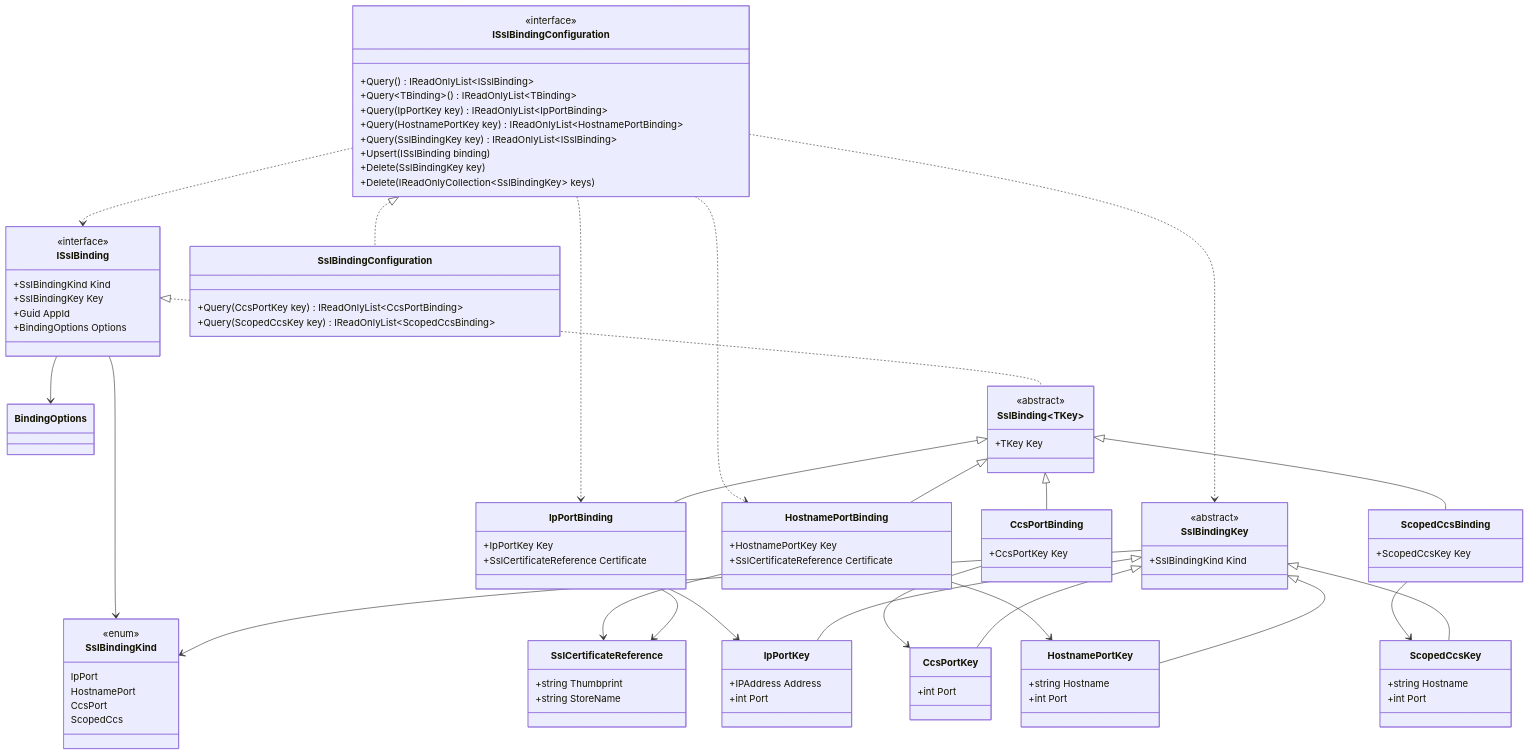
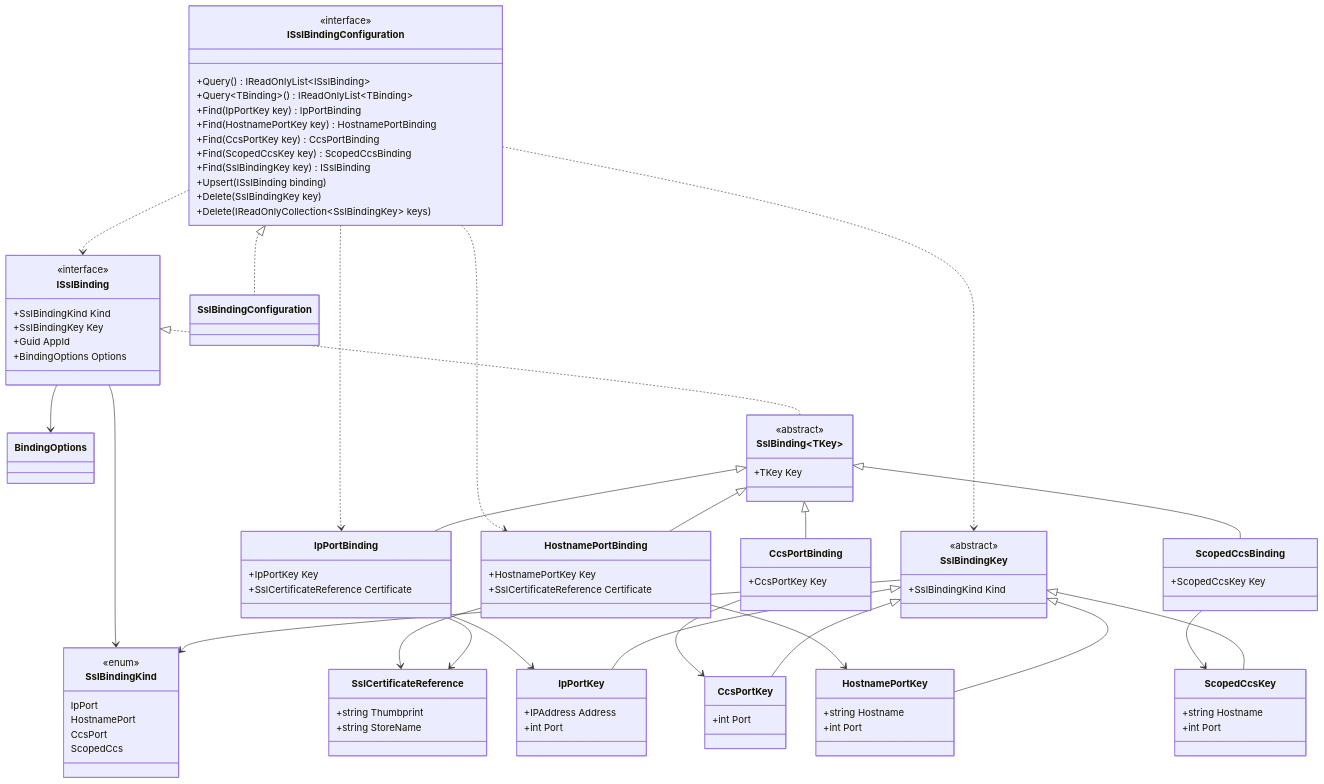
The first of 3 diagrams in docs/public-api.md (segor/SslCertBinding.Net), drawn with Mermaid before and after one commit. The commit also changed other lines of this file and 13 other files, not shown here.

Commit message:
Replace exact Query overloads with Find

````diff
--- a/docs/public-api.md
+++ b/docs/public-api.md
@@ -90,17 +88,14 @@
         <<interface>>
         +Query() IReadOnlyList~ISslBinding~
         +Query~TBinding~() IReadOnlyList~TBinding~
-        +Query(IpPortKey key) IReadOnlyList~IpPortBinding~
-        +Query(HostnamePortKey key) IReadOnlyList~HostnamePortBinding~
-        +Query(SslBindingKey key) IReadOnlyList~ISslBinding~
+        +Find(IpPortKey key) IpPortBinding
+        +Find(HostnamePortKey key) HostnamePortBinding
+        +Find(CcsPortKey key) CcsPortBinding
+        +Find(ScopedCcsKey key) ScopedCcsBinding
+        +Find(SslBindingKey key) ISslBinding
         +Upsert(ISslBinding binding)
         +Delete(SslBindingKey key)
         +Delete(IReadOnlyCollection~SslBindingKey~ keys)
-    }
-
-    class SslBindingConfiguration {
-        +Query(CcsPortKey key) IReadOnlyList~CcsPortBinding~
-        +Query(ScopedCcsKey key) IReadOnlyList~ScopedCcsBinding~
     }
 
     SslBindingKey --> SslBindingKind
@@ -125,9 +120,9 @@
     IpPortBinding --> SslCertificateReference
     HostnamePortBinding --> SslCertificateReference
 
-    ISslBindingConfiguration <|.. SslBindingConfiguration
     ISslBindingConfiguration ..> ISslBinding
     ISslBindingConfiguration ..> SslBindingKey
     ISslBindingConfiguration ..> IpPortBinding
     ISslBindingConfiguration ..> HostnamePortBinding
+    ISslBindingConfiguration <|.. SslBindingConfiguration
 ```
````
